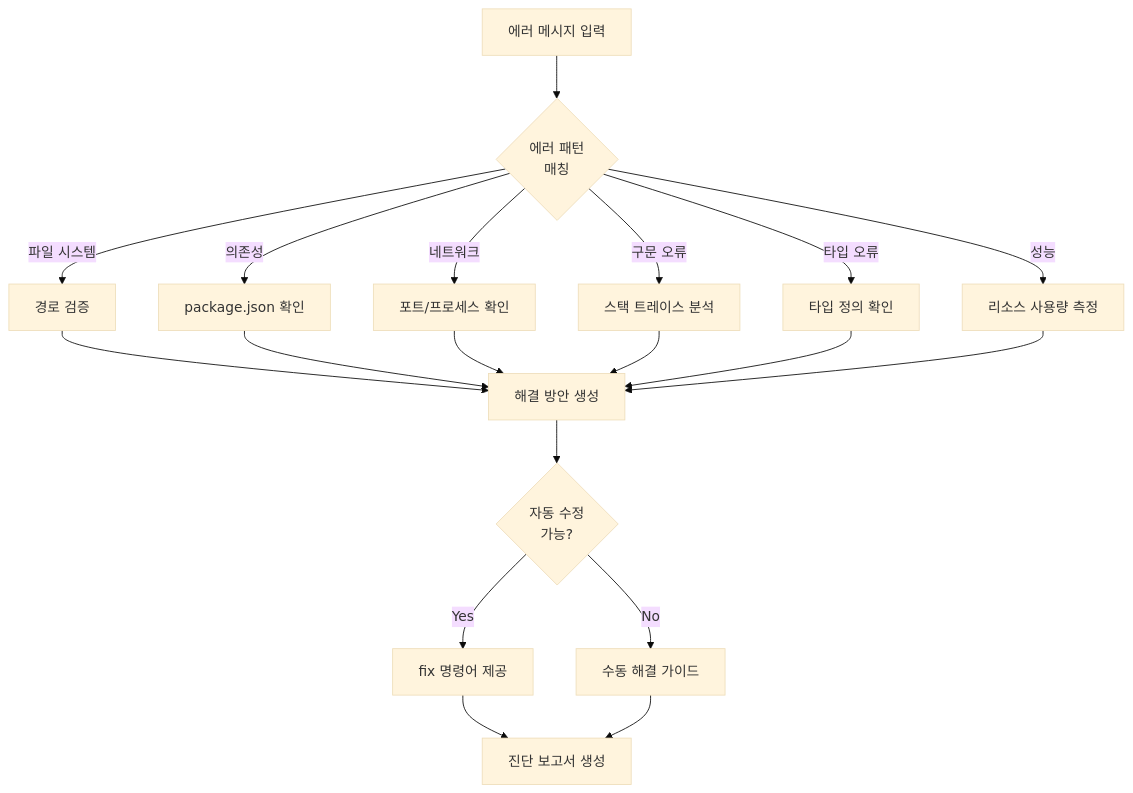
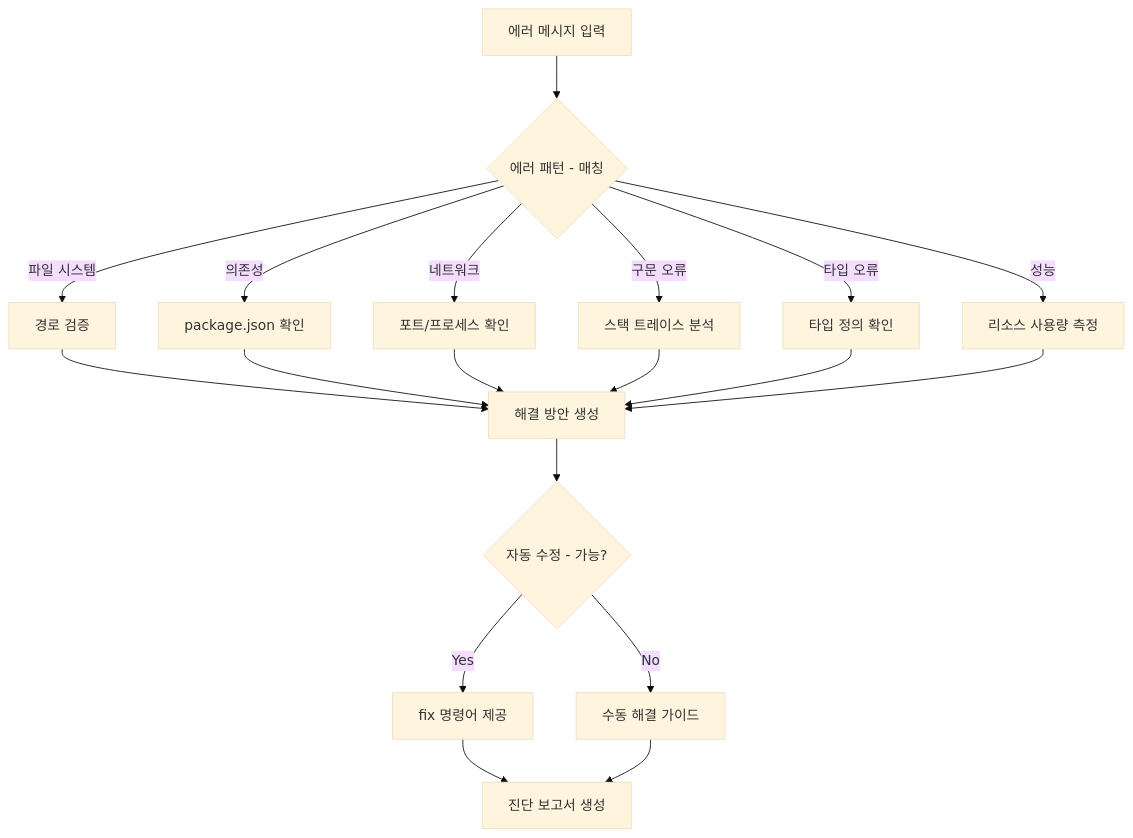
Before and after one commit to modu-ai/moai-adk: the first of 3 diagrams in docs/claude/agents/debug-helper.md, drawn with Mermaid (base theme). The commit also changed other lines of this file and 447 other files, not shown here.

````diff
--- a/docs/claude/agents/debug-helper.md
+++ b/docs/claude/agents/debug-helper.md
@@ -61,27 +61,27 @@
 ```mermaid
 flowchart TD
-    A["에러 메시지 입력"] --> B{"에러 패턴<br/>매칭"}
+    A["에러 메시지 입력"] --> B{"에러 패턴 - 매칭"}
 
     B -->|파일 시스템| C["경로 검증"]
     B -->|의존성| D["package.json 확인"]
     B -->|네트워크| E["포트/프로세스 확인"]
     B -->|구문 오류| F["스택 트레이스 분석"]
     B -->|타입 오류| G["타입 정의 확인"]
     B -->|성능| H["리소스 사용량 측정"]
 
     C --> I["해결 방안 생성"]
     D --> I
     E --> I
     F --> I
     G --> I
     H --> I
 
-    I --> J{"자동 수정<br/>가능?"}
+    I --> J{"자동 수정 - 가능?"}
 
     J -->|Yes| K["fix 명령어 제공"]
     J -->|No| L["수동 해결 가이드"]
 
     K --> M["진단 보고서 생성"]
     L --> M
 
 ```
````
